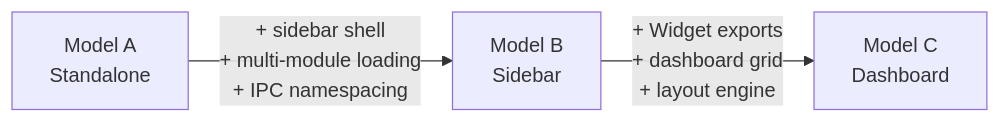
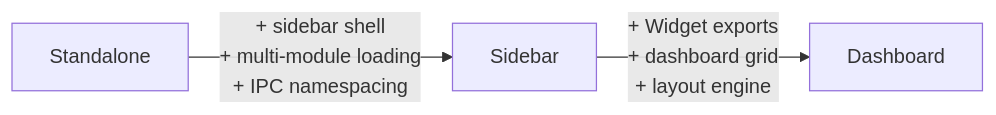
Before and after one commit to jeremysykes/aro-studio-apps-dev: the fourth of 4 diagrams in diagrams/module-models.md, drawn with Mermaid. The commit also changed other lines of this file and 15 other files, not shown here.

Commit message:
feat: added new dashboard model

````diff
--- a/diagrams/module-models.md
+++ b/diagrams/module-models.md
@@ -84,5 +84,5 @@
 ```mermaid
 flowchart LR
-  A["Model A<br/>Standalone"] -->|"+ sidebar shell<br/>+ multi-module loading<br/>+ IPC namespacing"| B["Model B<br/>Sidebar"]
-  B -->|"+ Widget exports<br/>+ dashboard grid<br/>+ layout engine"| C["Model C<br/>Dashboard"]
+  A["Standalone"] -->|"+ sidebar shell<br/>+ multi-module loading<br/>+ IPC namespacing"| B["Sidebar"]
+  B -->|"+ Widget exports<br/>+ dashboard grid<br/>+ layout engine"| C["Dashboard"]
 ```
````
